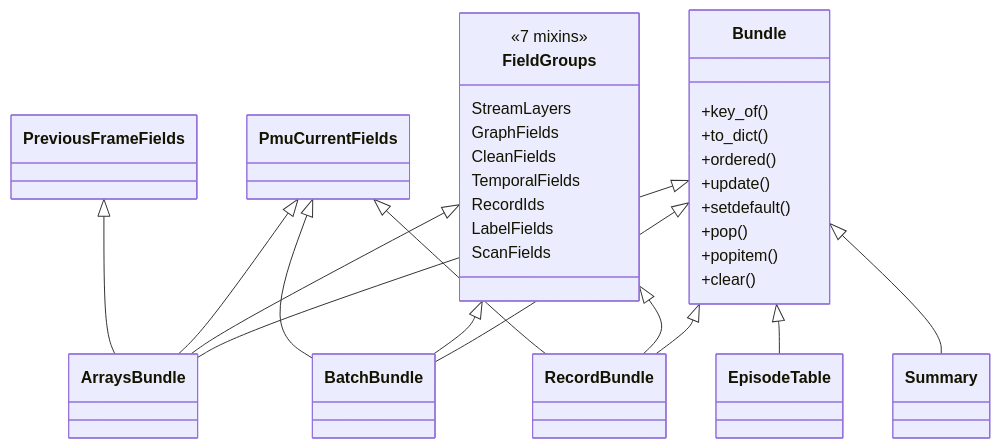
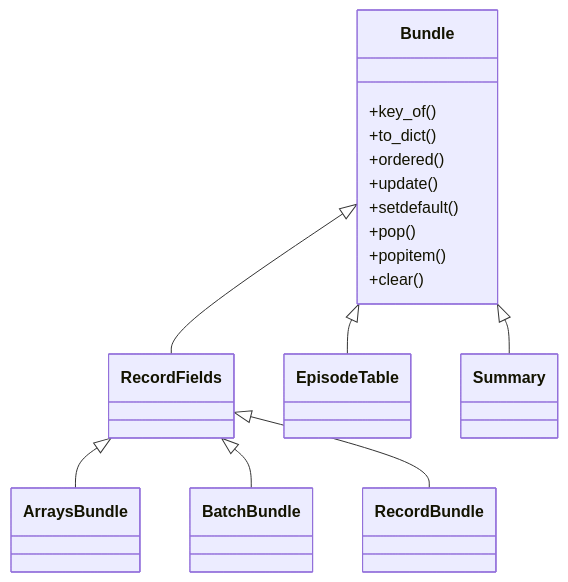
One commit to myersben9/fdia-graph changed the diagram in docs/figures/diagrams/classes_models.mmd. Above: the diagram before and after it, drawn with Mermaid. The commit also changed 67 other files, not shown here.

```diff
--- a/docs/figures/diagrams/classes_models.mmd
+++ b/docs/figures/diagrams/classes_models.mmd
@@ -1,47 +1,29 @@
 classDiagram
-    class FieldGroups {
-        <<7 mixins>>
-        StreamLayers
-        GraphFields
-        CleanFields
-        TemporalFields
-        RecordIds
-        LabelFields
-        ScanFields
-    }
     class Bundle {
         +key_of()
         +to_dict()
         +ordered()
         +update()
         +setdefault()
         +pop()
         +popitem()
         +clear()
     }
-    class PreviousFrameFields {
-    }
-    class PmuCurrentFields {
+    class RecordFields {
     }
     class RecordBundle {
     }
     class BatchBundle {
     }
     class ArraysBundle {
     }
     class EpisodeTable {
     }
     class Summary {
     }
-    Bundle <|-- ArraysBundle
-    Bundle <|-- BatchBundle
     Bundle <|-- EpisodeTable
-    Bundle <|-- RecordBundle
+    Bundle <|-- RecordFields
     Bundle <|-- Summary
-    FieldGroups <|-- ArraysBundle
-    FieldGroups <|-- BatchBundle
-    FieldGroups <|-- RecordBundle
-    PmuCurrentFields <|-- ArraysBundle
-    PmuCurrentFields <|-- BatchBundle
-    PmuCurrentFields <|-- RecordBundle
-    PreviousFrameFields <|-- ArraysBundle
+    RecordFields <|-- ArraysBundle
+    RecordFields <|-- BatchBundle
+    RecordFields <|-- RecordBundle
```
